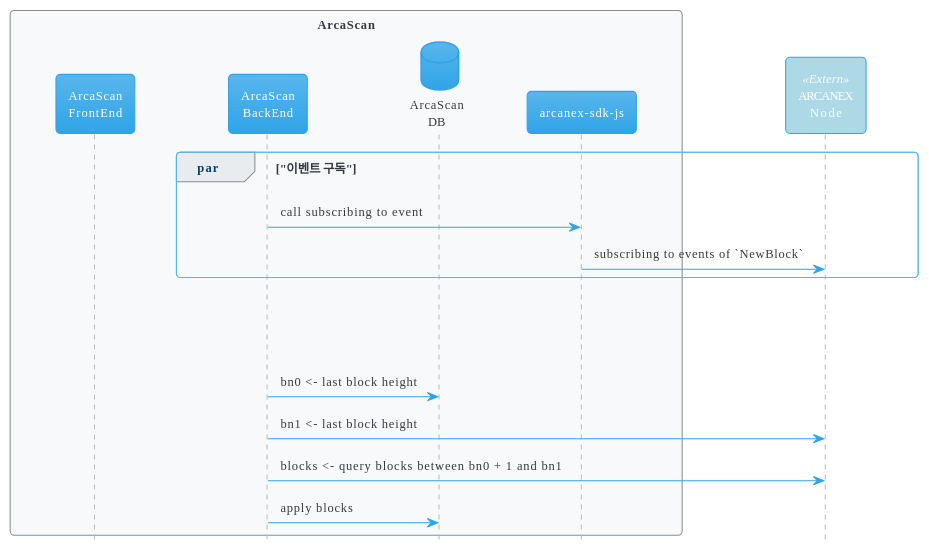
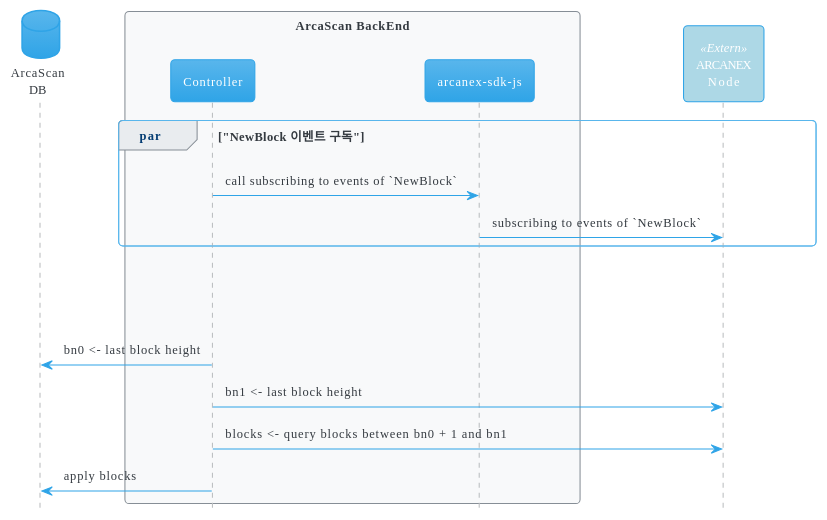
Before and after one commit to rigochain/rigo-sdk-js: the fourth of 4 diagrams in documents/docs/examples/explorer/srs.md, drawn with PlantUML. The commit also changed other lines of this file and 1 other file, not shown here.

````diff
--- a/documents/docs/examples/explorer/srs.md
+++ b/documents/docs/examples/explorer/srs.md
@@ -115,35 +285,31 @@
 ```plantuml
 @startuml
 
 !theme cerulean
 hide footbox
 skinparam ArrowThickness 1
 skinparam BackgroundColor white
 skinparam participant<<Extern>> {
   BackgroundColor lightblue
 }
 
-box "ArcaScan"
-participant "ArcaScan\nFrontEnd" as fe
-participant "ArcaScan\nBackEnd" as be
 database "ArcaScan\nDB" as db
+box "ArcaScan BackEnd"
+participant "Controller" as be
 participant "arcanex-sdk-js" as sdk
 end box
-
 participant "ARCANEX\nNode" as node<<Extern>>
 
-
-
-par "이벤트 구독"
-be -> sdk: call subscribing to event
+par "NewBlock 이벤트 구독"
+be -> sdk: call subscribing to events of `NewBlock`
 sdk -> node: subscribing to events of `NewBlock`
 end
 |||
 |||
 |||
 be -> db: bn0 <- last block height
 be -> node: bn1 <- last block height
 be -> node: blocks <- query blocks between bn0 + 1 and bn1
 be -> db: apply blocks
 @enduml
 ```
````
